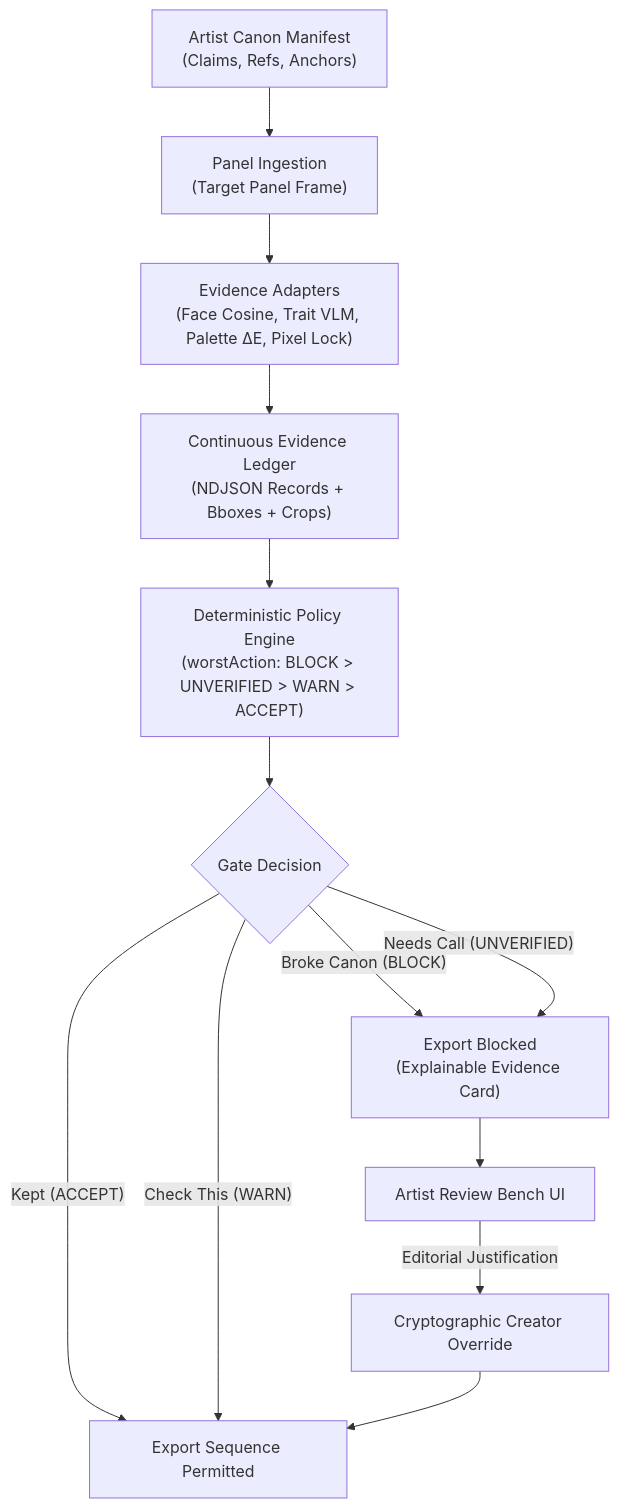
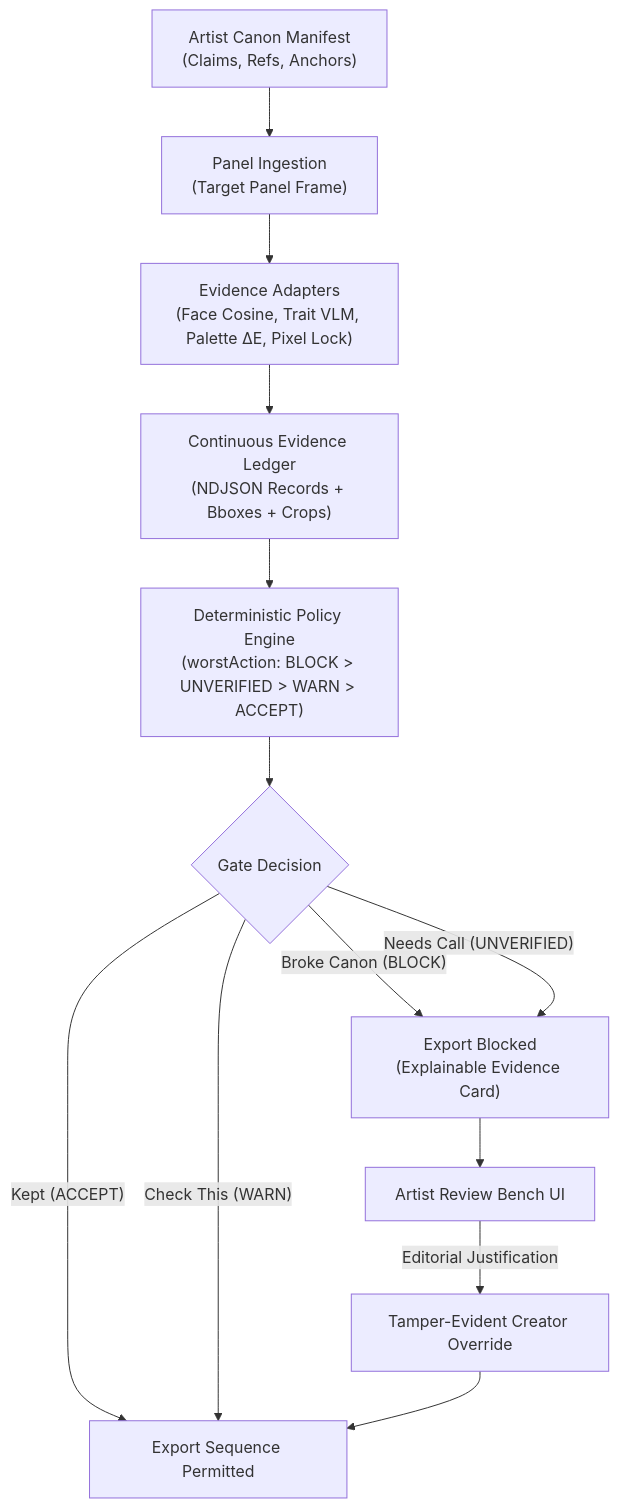
Before and after one commit to koshalsoni87914/panelproof: the diagram in README.md, drawn with Mermaid. The commit also changed other lines of this file and 14 other files, not shown here.

Commit message:
feat(assurance): honest live-vs-offline labelling, real Gemini verification evidence receipt, tamper-evident manifest, and updated capability ledger

````diff
--- a/README.md
+++ b/README.md
@@ -44,15 +44,15 @@
 ```mermaid
 flowchart TD
     A["Artist Canon Manifest\n(Claims, Refs, Anchors)"] --> B["Panel Ingestion\n(Target Panel Frame)"]
     B --> C["Evidence Adapters\n(Face Cosine, Trait VLM, Palette ΔE, Pixel Lock)"]
     C --> D["Continuous Evidence Ledger\n(NDJSON Records + Bboxes + Crops)"]
     D --> E["Deterministic Policy Engine\n(worstAction: BLOCK > UNVERIFIED > WARN > ACCEPT)"]
     E --> F{"Gate Decision"}
     F -->|"Kept (ACCEPT)"| G["Export Sequence Permitted"]
     F -->|"Check This (WARN)"| G
     F -->|"Broke Canon (BLOCK)"| H["Export Blocked\n(Explainable Evidence Card)"]
     F -->|"Needs Call (UNVERIFIED)"| H
     H --> I["Artist Review Bench UI"]
-    I -->|"Editorial Justification"| J["Cryptographic Creator Override"]
+    I -->|"Editorial Justification"| J["Tamper-Evident Creator Override"]
     J --> G
 ```
````
